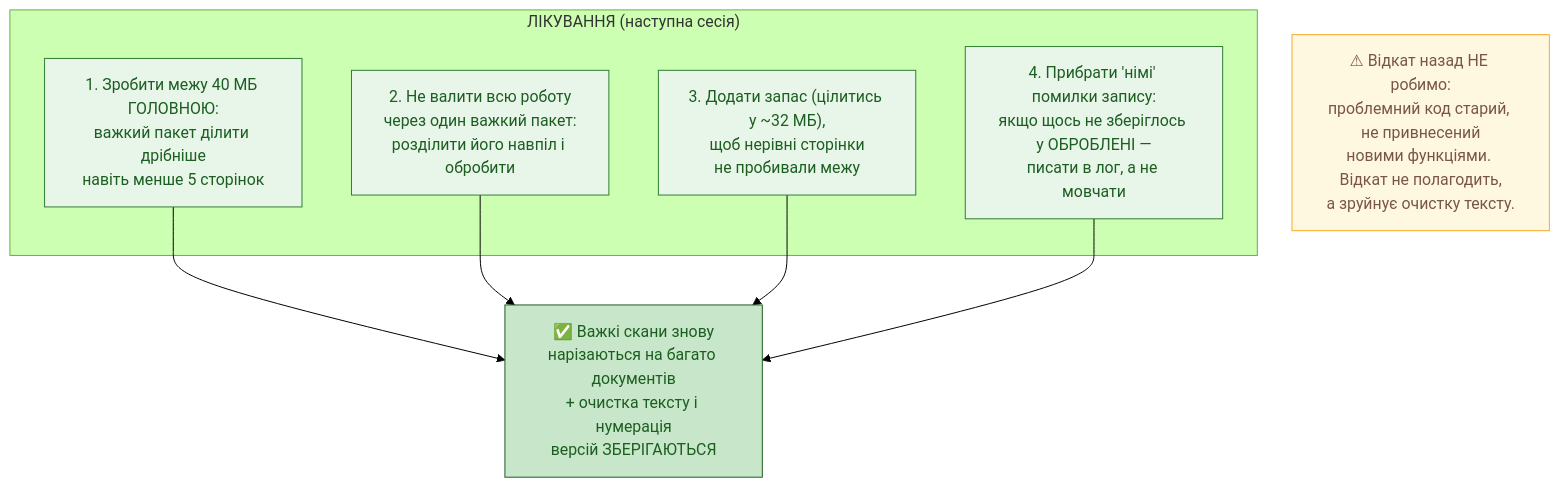
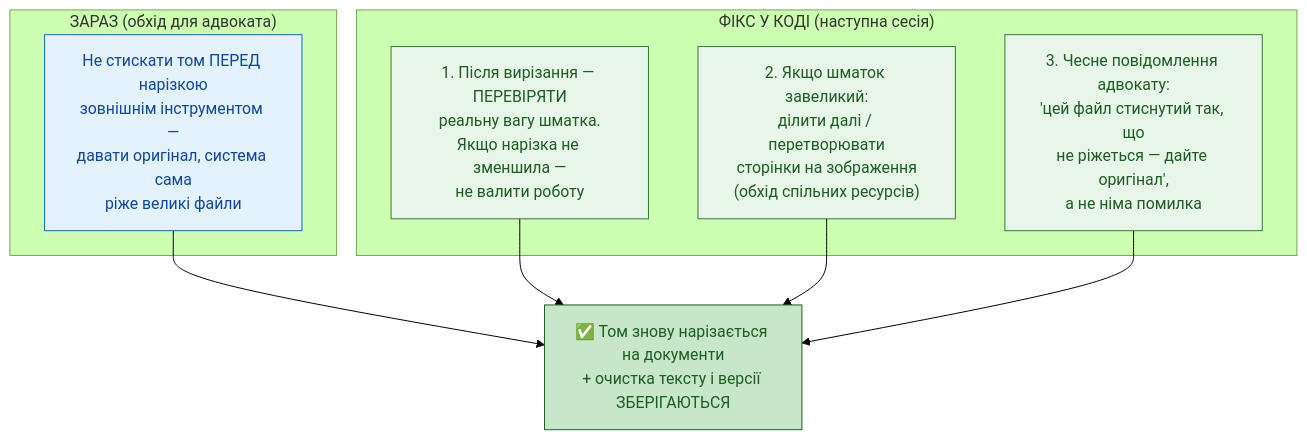
Before and after one commit to vadymlevyt/registry: the fifth of 5 diagrams in docs/mermaid/flow_dp_regression_40mb_diagnosis.md, drawn with Mermaid (forest theme). The commit also changed other lines of this file and 1 other file, not shown here.

````diff
--- a/docs/mermaid/flow_dp_regression_40mb_diagnosis.md
+++ b/docs/mermaid/flow_dp_regression_40mb_diagnosis.md
@@ -81,24 +109,25 @@
 ```mermaid
 flowchart TD
-    subgraph CURE["ЛІКУВАННЯ (наступна сесія)"]
-        FIX1["1. Зробити межу 40 МБ ГОЛОВНОЮ:<br/>важкий пакет ділити дрібніше<br/>навіть менше 5 сторінок"]
-        FIX2["2. Не валити всю роботу<br/>через один важкий пакет:<br/>розділити його навпіл і обробити"]
-        FIX3["3. Додати запас (цілитись у ~32 МБ),<br/>щоб нерівні сторінки<br/>не пробивали межу"]
-        FIX4["4. Прибрати 'німі' помилки запису:<br/>якщо щось не зберіглось у ОБРОБЛЕНІ —<br/>писати в лог, а не мовчати"]
+    subgraph NOW["ЗАРАЗ (обхід для адвоката)"]
+        W1["Не стискати том ПЕРЕД нарізкою<br/>зовнішнім інструментом —<br/>давати оригінал, система сама<br/>ріже великі файли"]
     end
 
-    FIX1 --> RESULT
-    FIX2 --> RESULT
-    FIX3 --> RESULT
-    FIX4 --> RESULT
-    RESULT["✅ Важкі скани знову<br/>нарізаються на багато документів<br/>+ очистка тексту і нумерація<br/>версій ЗБЕРІГАЮТЬСЯ"]
+    subgraph CODE["ФІКС У КОДІ (наступна сесія)"]
+        F1["1. Після вирізання — ПЕРЕВІРЯТИ<br/>реальну вагу шматка.<br/>Якщо нарізка не зменшила —<br/>не валити роботу"]
+        F2["2. Якщо шматок завеликий:<br/>ділити далі / перетворювати<br/>сторінки на зображення<br/>(обхід спільних ресурсів)"]
+        F3["3. Чесне повідомлення адвокату:<br/>'цей файл стиснутий так, що<br/>не ріжеться — дайте оригінал',<br/>а не німа помилка"]
+    end
 
-    NOTE["⚠ Відкат назад НЕ робимо:<br/>проблемний код старий, не привнесений<br/>новими функціями. Відкат не полагодить,<br/>а зруйнує очистку тексту."]
+    W1 --> RESULT
+    F1 --> RESULT
+    F2 --> RESULT
+    F3 --> RESULT
+    RESULT["✅ Том знову нарізається на документи<br/>+ очистка тексту і версії ЗБЕРІГАЮТЬСЯ"]
 
+    classDef now fill:#e3f2fd,stroke:#1565c0,color:#0d47a1;
     classDef fix fill:#e8f5e9,stroke:#2e7d32,color:#1b5e20;
     classDef res fill:#c8e6c9,stroke:#1b5e20,color:#1b5e20;
-    classDef note fill:#fff8e1,stroke:#f9a825,color:#795548;
-    class FIX1,FIX2,FIX3,FIX4 fix;
+    class W1 now;
+    class F1,F2,F3 fix;
     class RESULT res;
-    class NOTE note;
 ```
````
